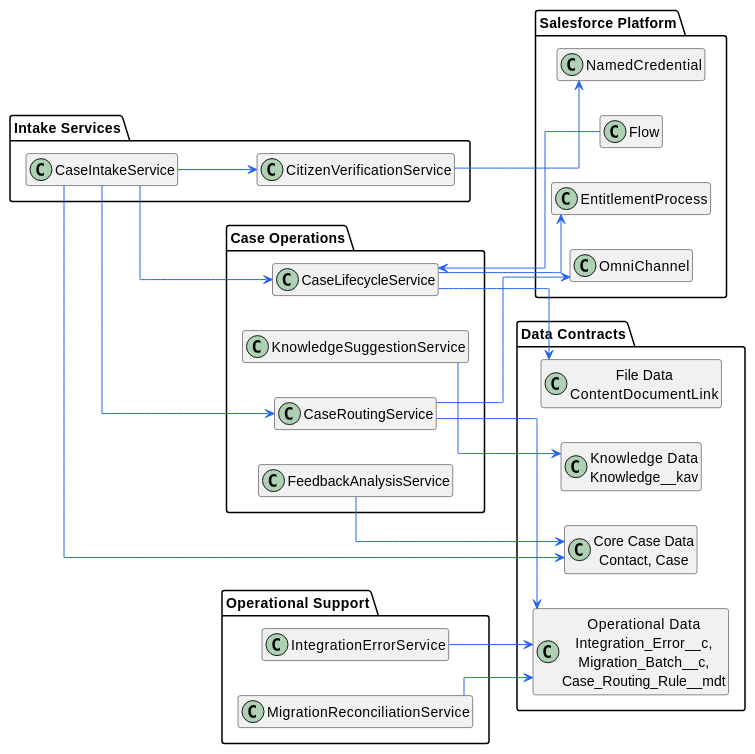
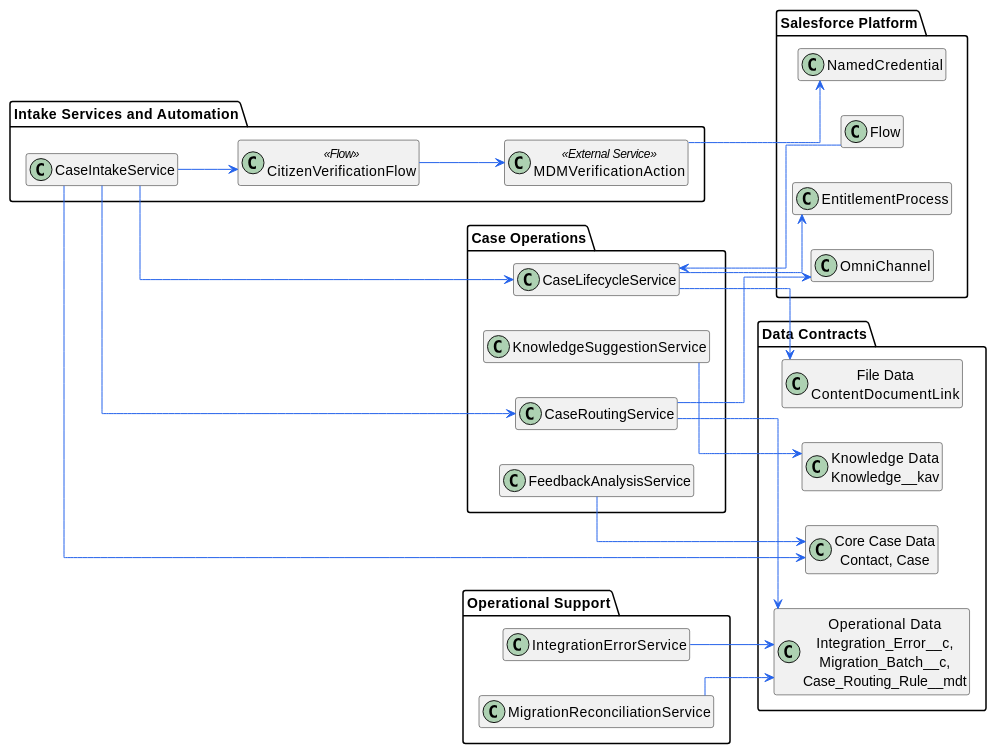
Diagram 12 of 26 in doc/SADD Task 2.md (jimmytobing/virtusa), drawn with PlantUML before and after one commit. The commit also changed other lines of this file and 7 other files, not shown here.

````diff
--- a/doc/SADD Task 2.md
+++ b/doc/SADD Task 2.md
@@ -675,58 +680,60 @@
 ```plantuml
 @startuml
 left to right direction
 skinparam classAttributeIconSize 0
 skinparam linetype ortho
 skinparam ArrowColor #2563EB
 hide empty members
 
-package "Intake Services" {
+package "Intake Services and Automation" {
   class CaseIntakeService
-  class CitizenVerificationService
+  class CitizenVerificationFlow <<Flow>>
+  class MDMVerificationAction <<External Service>>
 }
 
 package "Case Operations" {
   class CaseRoutingService
   class CaseLifecycleService
   class FeedbackAnalysisService
   class KnowledgeSuggestionService
 }
 
 package "Operational Support" {
   class IntegrationErrorService
   class MigrationReconciliationService
 }
 
 package "Salesforce Platform" {
   class Flow
   class OmniChannel
   class EntitlementProcess
   class NamedCredential
 }
 
 package "Data Contracts" {
   class "Core Case Data\nContact, Case" as CoreCaseData
   class "Knowledge Data\nKnowledge__kav" as KnowledgeData
   class "File Data\nContentDocumentLink" as FileData
   class "Operational Data\nIntegration_Error__c,\nMigration_Batch__c,\nCase_Routing_Rule__mdt" as OperationalData
 }
 
-CaseIntakeService --> CitizenVerificationService
+CaseIntakeService --> CitizenVerificationFlow
+CitizenVerificationFlow --> MDMVerificationAction
 CaseIntakeService --> CaseRoutingService
 CaseIntakeService --> CaseLifecycleService
 CaseIntakeService --> CoreCaseData
 
 CaseRoutingService --> OmniChannel
 CaseRoutingService --> OperationalData
 CaseLifecycleService --> EntitlementProcess
 CaseLifecycleService --> FileData
 FeedbackAnalysisService --> CoreCaseData
 KnowledgeSuggestionService --> KnowledgeData
 
-CitizenVerificationService --> NamedCredential
+MDMVerificationAction --> NamedCredential
 IntegrationErrorService --> OperationalData
 MigrationReconciliationService --> OperationalData
 Flow --> CaseLifecycleService
 
 @enduml
 ```
````
